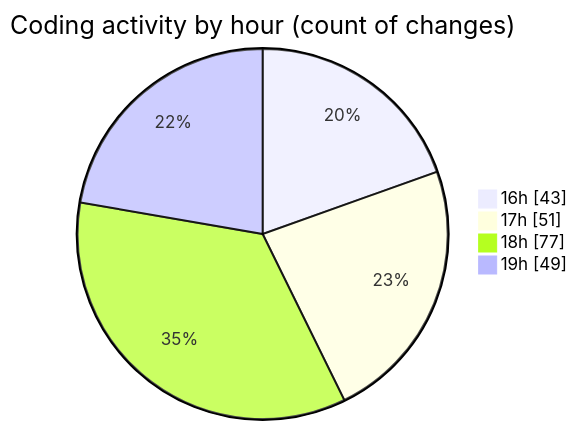
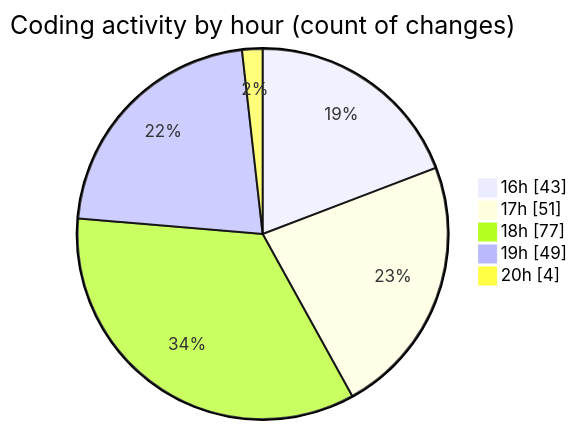
Before and after one commit to momahboobian/code-tracking: the second of 2 diagrams in 2026-11-13/broadcaster-v6-feature/README.md, drawn with Mermaid. The commit also changed other lines of this file and 1 other file, not shown here.

````diff
--- a/2026-11-13/broadcaster-v6-feature/README.md
+++ b/2026-11-13/broadcaster-v6-feature/README.md
@@ -95,8 +96,9 @@
 ```mermaid
 pie showData
 title Coding activity by hour (count of changes)
 "16h" : 43
 "17h" : 51
 "18h" : 77
 "19h" : 49
+"20h" : 4
 ```
````
